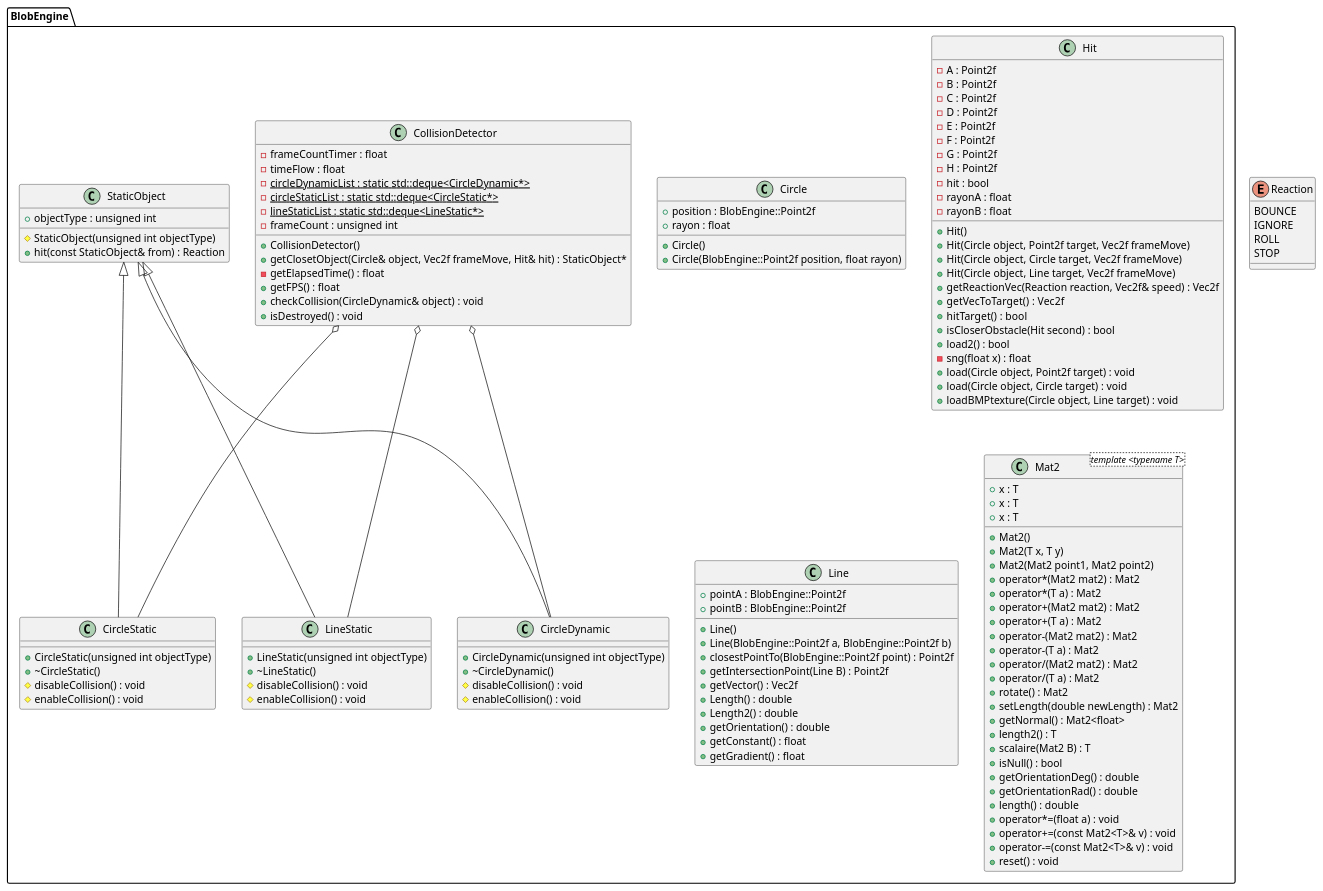
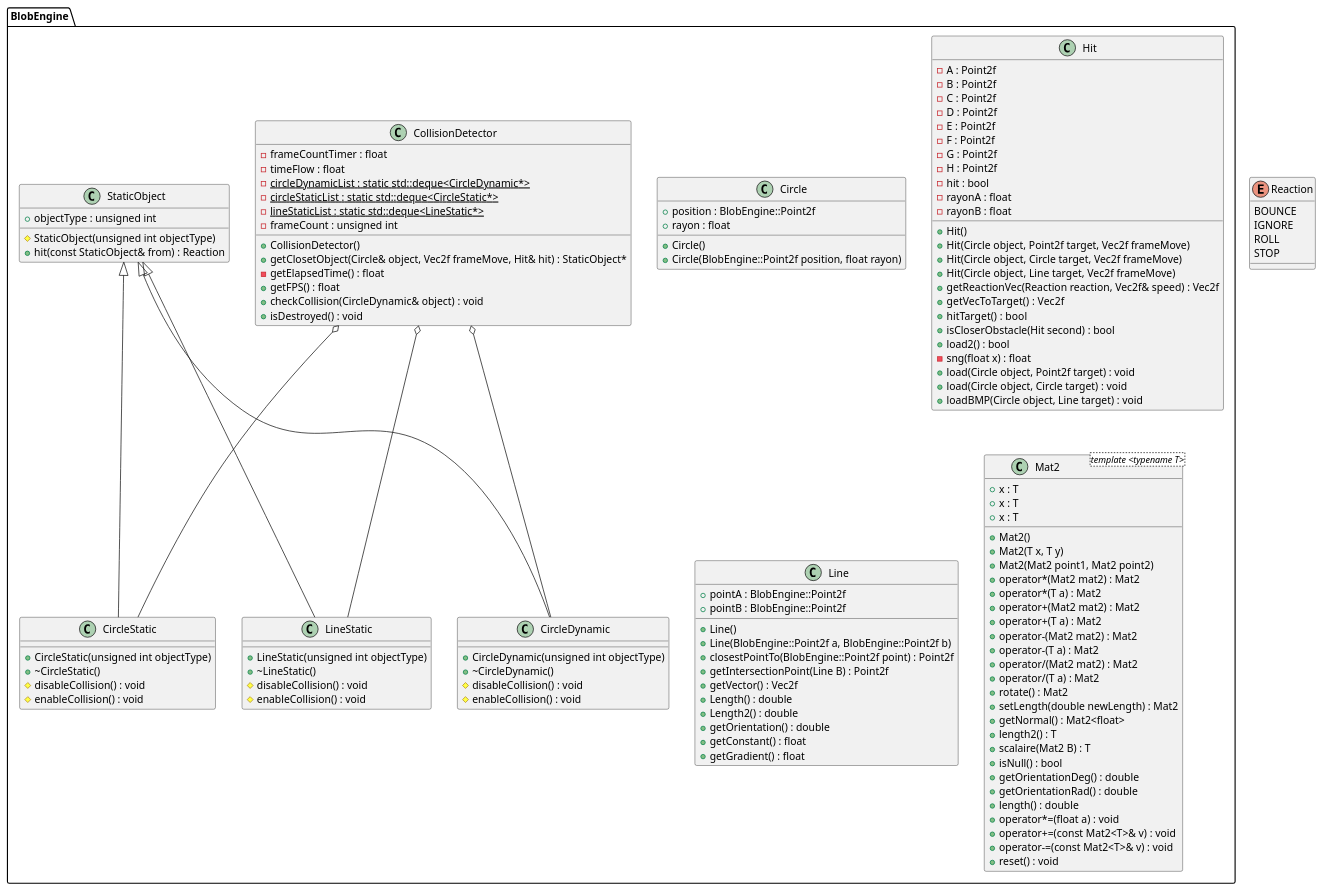
Before and after one commit to alexdesaint/BlobEngine: the diagram in include/BlobEngine/BLobEngine.puml, drawn with PlantUML. The commit also changed 12 other files, not shown here.

```diff
--- a/include/BlobEngine/BLobEngine.puml
+++ b/include/BlobEngine/BLobEngine.puml
@@ -79,7 +79,7 @@
 		-sng(float x) : float
 		+load(Circle object, Point2f target) : void
 		+load(Circle object, Circle target) : void
-		+loadBMPtexture(Circle object, Line target) : void
+		+loadBMP(Circle object, Line target) : void
 	}
 }
 
```
